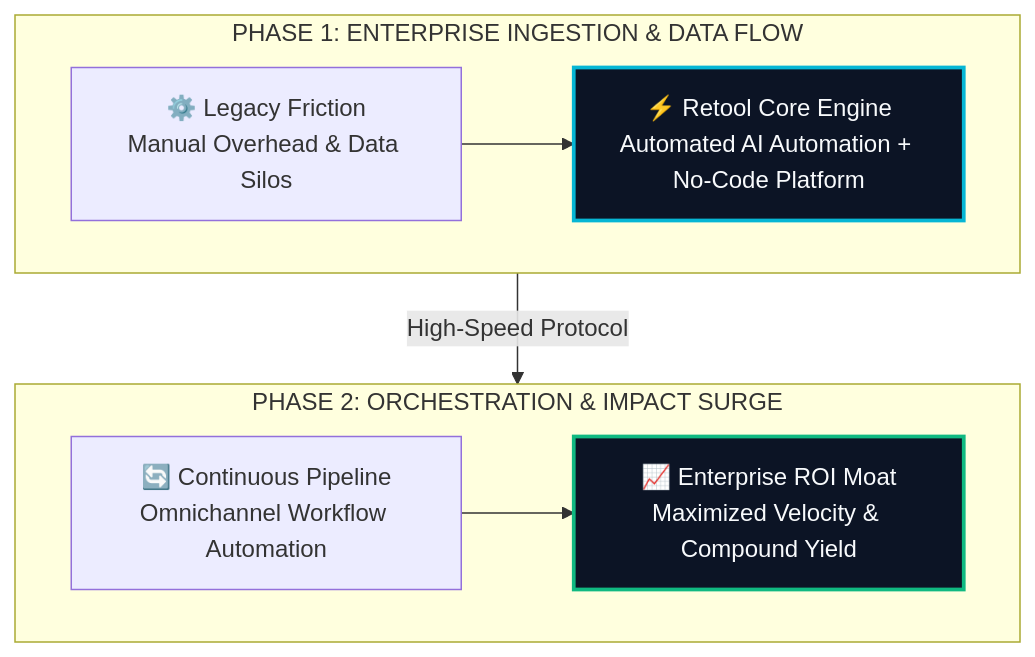
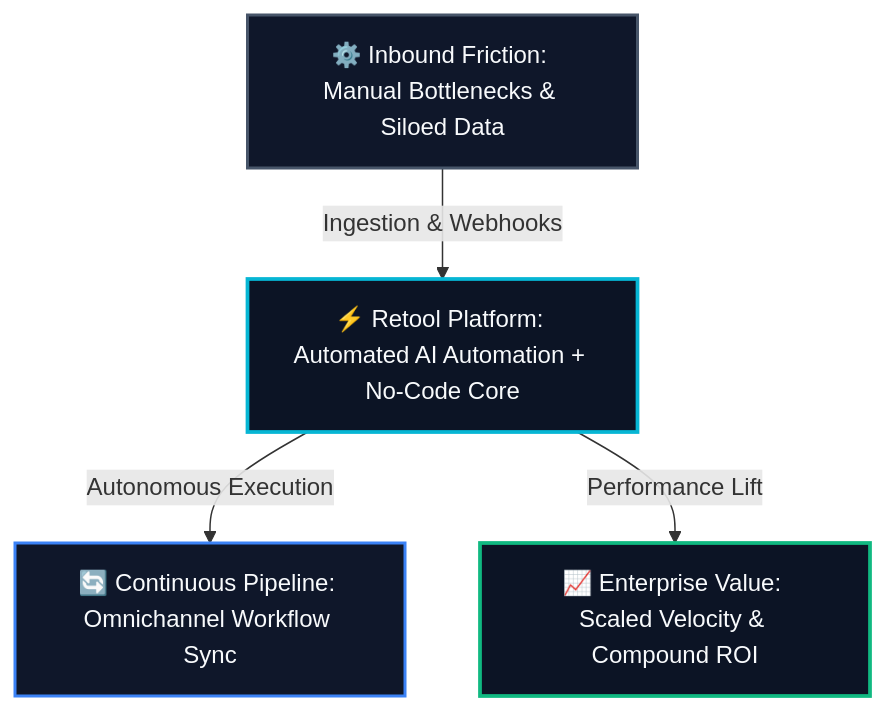
One commit to heliatech-media/saas-radar changed the diagram in site/src/content/blog/retool.md. Above: the diagram before and after it, drawn with Mermaid. The commit also changed 93 other files, not shown here.

First line of the commit message:
fix(diagrams): resolve dagre-d3 subgraph collision by migrating to balanced 3-tier Hub & Spoke architecture

````diff
--- a/site/src/content/blog/retool.md
+++ b/site/src/content/blog/retool.md
@@ -51,14 +51,14 @@
 ```mermaid
 flowchart TD
-    subgraph S1["PHASE 1: ENTERPRISE INGESTION & DATA FLOW"]
-        direction LR
-        A["⚙️ Legacy Friction<br/>Manual Overhead & Data Silos"] --> B["⚡ Retool Core Engine<br/>Automated AI Automation + No-Code Platform"]
-    end
-    subgraph S2["PHASE 2: ORCHESTRATION & IMPACT SURGE"]
-        direction LR
-        C["🔄 Continuous Pipeline<br/>Omnichannel Workflow Automation"] --> D["📈 Enterprise ROI Moat<br/>Maximized Velocity & Compound Yield"]
-    end
-    S1 -->|High-Speed Protocol| S2
-    style B fill:#0c1425,stroke:#06b6d4,stroke-width:2.5px,color:#f8fafc
-    style D fill:#0c1425,stroke:#10b981,stroke-width:2.5px,color:#f8fafc
+    Inp["⚙️ Inbound Friction: Manual Bottlenecks & Siloed Data"]
+    Eng["⚡ Retool Platform: Automated AI Automation + No-Code Core"]
+    Out1["🔄 Continuous Pipeline: Omnichannel Workflow Sync"]
+    Out2["📈 Enterprise Value: Scaled Velocity & Compound ROI"]
+    Inp -->|Ingestion & Webhooks| Eng
+    Eng -->|Autonomous Execution| Out1
+    Eng -->|Performance Lift| Out2
+    style Inp fill:#0f172a,stroke:#475569,stroke-width:2px,color:#f8fafc
+    style Eng fill:#0c1425,stroke:#06b6d4,stroke-width:2.5px,color:#f8fafc
+    style Out1 fill:#0f172a,stroke:#3b82f6,stroke-width:2px,color:#f8fafc
+    style Out2 fill:#0c1425,stroke:#10b981,stroke-width:2.5px,color:#f8fafc
 ```
````
